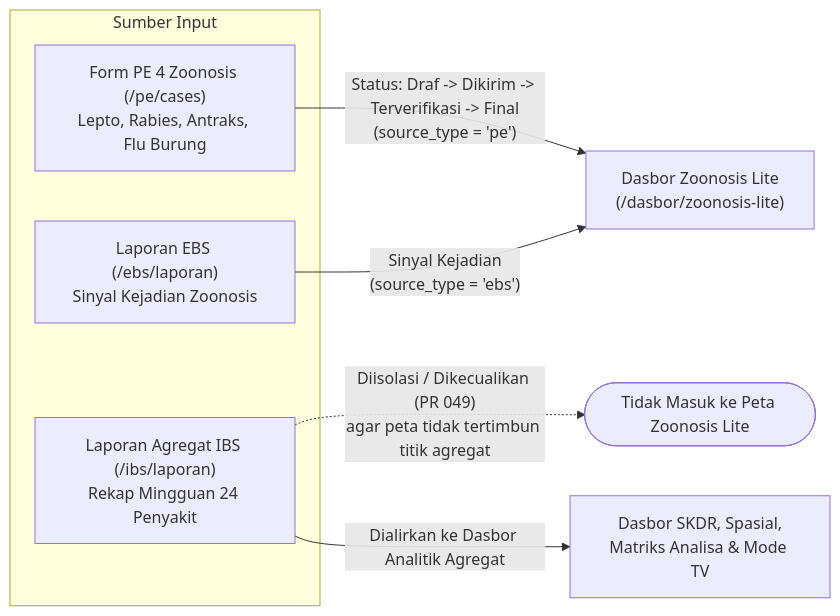
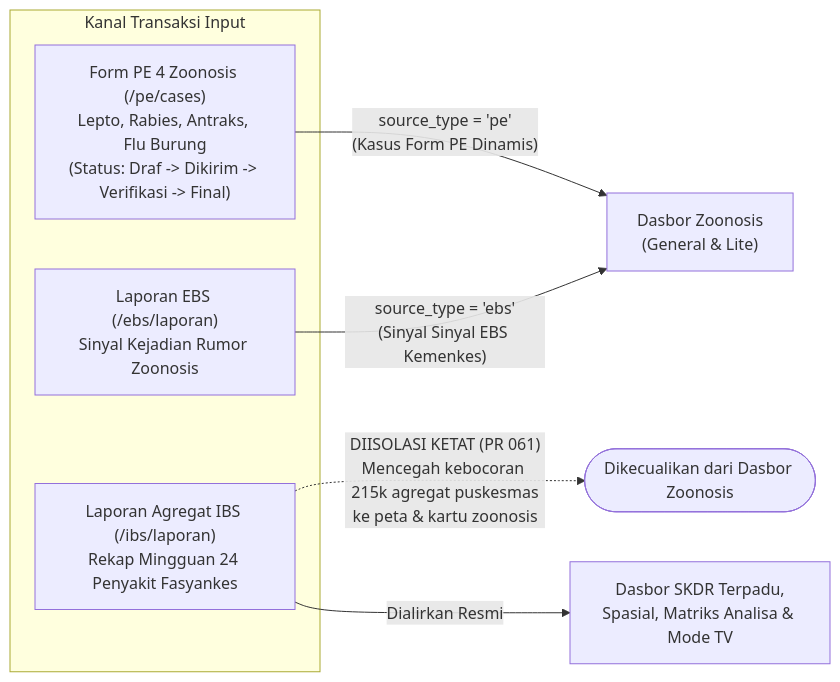
One commit to cuatiawww/skdr-indonesia changed the sixth of 7 diagrams in docs/BRD_SRS_FITUR_FORM_DAN_DASBOR.md. Above: the diagram before and after it, drawn with Mermaid. The commit also changed other lines of this file and 2 other files, not shown here.

````diff
--- a/docs/BRD_SRS_FITUR_FORM_DAN_DASBOR.md
+++ b/docs/BRD_SRS_FITUR_FORM_DAN_DASBOR.md
@@ -484,12 +399,15 @@
 ```mermaid
 flowchart LR
-    subgraph "Sumber Input"
-        PE["Form PE 4 Zoonosis (/pe/cases)\nLepto, Rabies, Antraks, Flu Burung"]
-        EBS["Laporan EBS (/ebs/laporan)\nSinyal Kejadian Zoonosis"]
-        IBS["Laporan Agregat IBS (/ibs/laporan)\nRekap Mingguan 24 Penyakit"]
+    subgraph "Kanal Transaksi Input"
+        PE["Form PE 4 Zoonosis (/pe/cases)\nLepto, Rabies, Antraks, Flu Burung\n(Status: Draf -> Dikirim -> Verifikasi -> Final)"]
+        EBS["Laporan EBS (/ebs/laporan)\nSinyal Kejadian Rumor Zoonosis"]
+        IBS["Laporan Agregat IBS (/ibs/laporan)\nRekap Mingguan 24 Penyakit Fasyankes"]
     end
-    PE -->|"Status: Draf -> Dikirim -> Terverifikasi -> Final\n(source_type = 'pe')"| ZL["Dasbor Zoonosis Lite\n(/dasbor/zoonosis-lite)"]
-    EBS -->|"Sinyal Kejadian\n(source_type = 'ebs')"| ZL
-    IBS -.->|"Diisolasi / Dikecualikan (PR 049)\nagar peta tidak tertimbun titik agregat"| X(["Tidak Masuk ke Peta Zoonosis Lite"])
-    IBS -->|"Dialirkan ke Dasbor Analitik Agregat"| MAIN["Dasbor SKDR, Spasial,\nMatriks Analisa & Mode TV"]
+    
+    PE -->|"source_type = 'pe'\n(Kasus Form PE Dinamis)"| DZ["Dasbor Zoonosis\n(General & Lite)"]
+    EBS -->|"source_type = 'ebs'\n(Sinyal Sinyal EBS Kemenkes)"| DZ
+    
+    IBS -.->|"DIISOLASI KETAT (PR 061)\nMencegah kebocoran 215k agregat puskesmas\nke peta & kartu zoonosis"| BLOCKED(["Dikecualikan dari Dasbor Zoonosis"])
+    
+    IBS -->|"Dialirkan Resmi"| MAIN["Dasbor SKDR Terpadu,\nSpasial, Matriks Analisa & Mode TV"]
 ```
````
